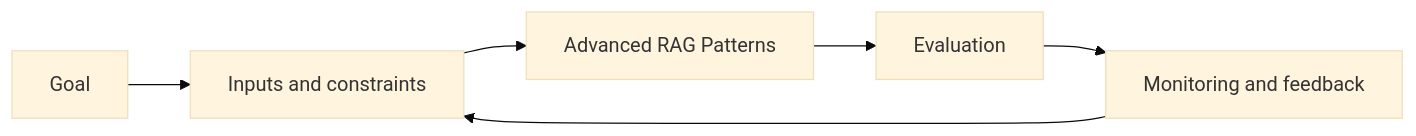
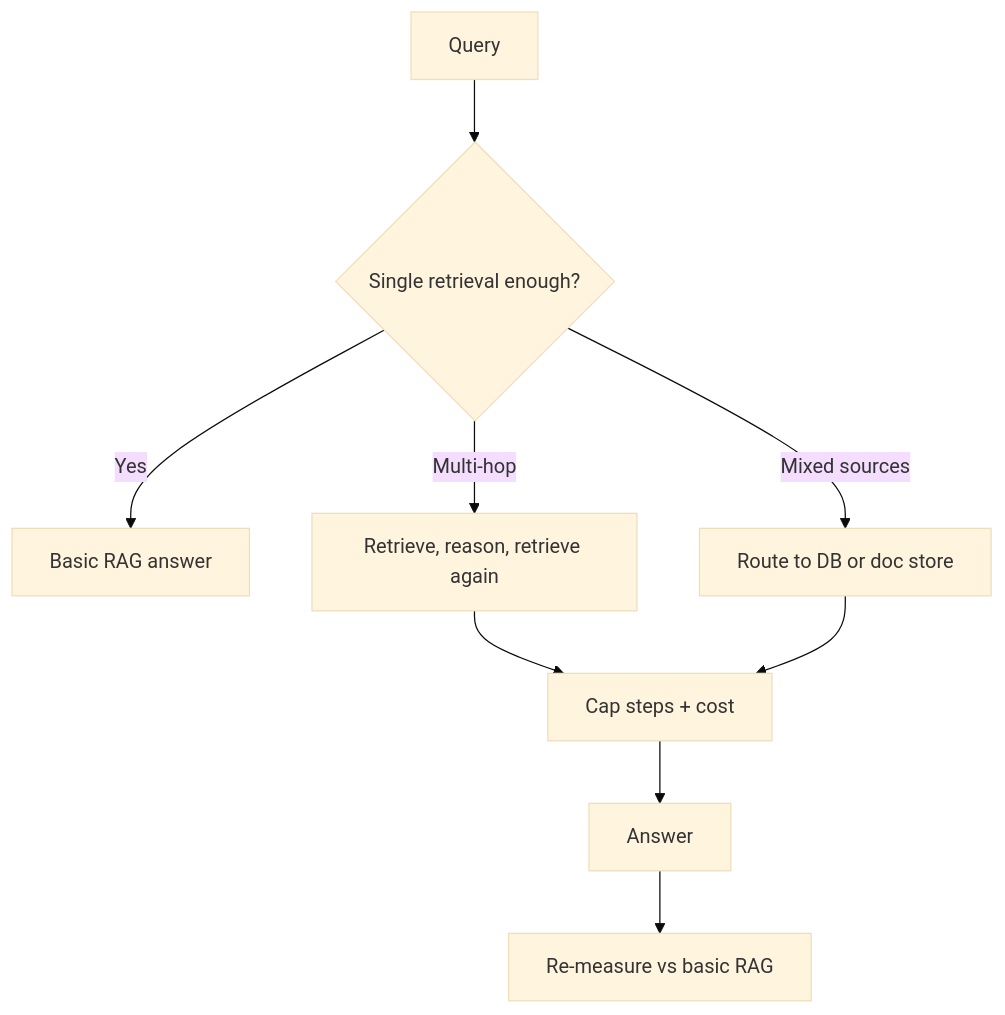
Before and after one commit to Icon1cc/Machine-Learning: the diagram in rag/14-advanced-rag-patterns.md, drawn with Mermaid (base theme). The commit also changed other lines of this file and 118 other files, not shown here.

````diff
--- a/rag/14-advanced-rag-patterns.md
+++ b/rag/14-advanced-rag-patterns.md
@@ -93,8 +72,11 @@
 ```mermaid
-flowchart LR
-    A[Goal] --> B[Inputs and constraints]
-    B --> C[Advanced RAG Patterns]
-    C --> D[Evaluation]
-    D --> E[Monitoring and feedback]
-    E --> B
+flowchart TD
+    A[Query] --> B{Single retrieval enough?}
+    B -- Yes --> C[Basic RAG answer]
+    B -- Multi-hop --> D[Retrieve, reason, retrieve again]
+    B -- Mixed sources --> E[Route to DB or doc store]
+    D --> F[Cap steps + cost]
+    E --> F
+    F --> G[Answer]
+    G --> H[Re-measure vs basic RAG]
 ```
````
